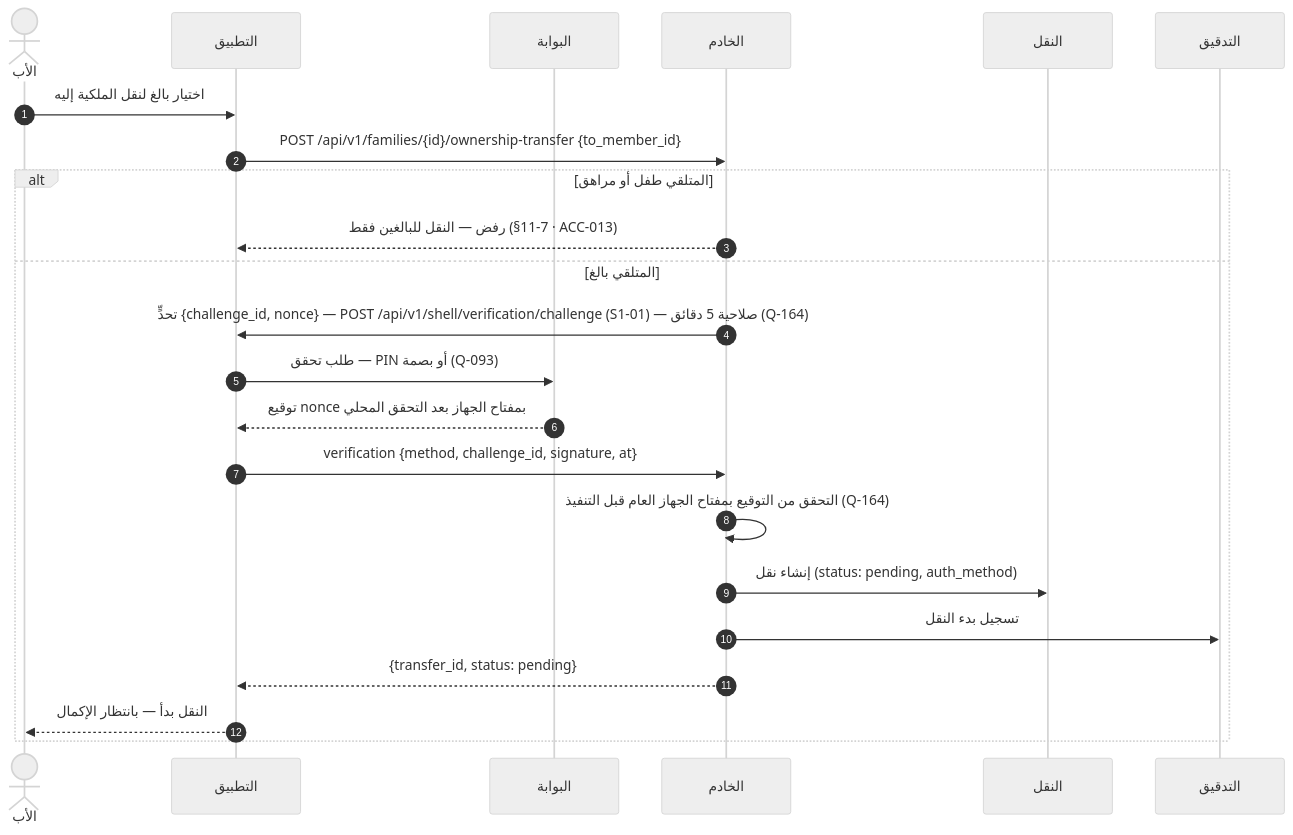
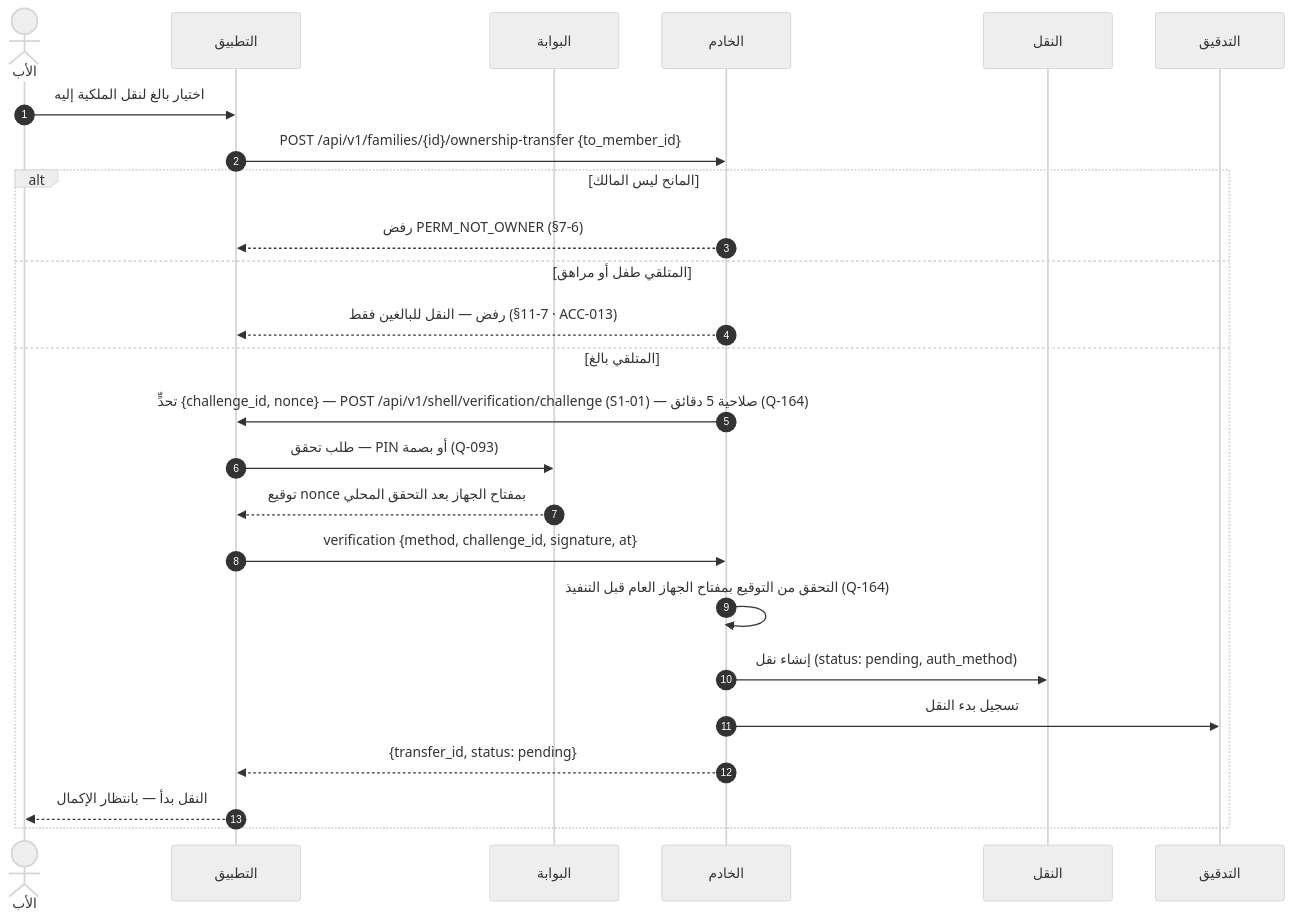
One commit to Bassam-mohammed-alqaeadi/family-os-v2 changed the seventh of 14 diagrams in docs/family-os/governance/phases/phase-1/S1-03-family-roles-and-permissions/DIAGRAMS.md. Above: the diagram before and after it, drawn with Mermaid (neutral theme). The commit also changed other lines of this file and 1 other file, not shown here.

````diff
--- a/docs/family-os/governance/phases/phase-1/S1-03-family-roles-and-permissions/DIAGRAMS.md
+++ b/docs/family-os/governance/phases/phase-1/S1-03-family-roles-and-permissions/DIAGRAMS.md
@@ -338,25 +339,27 @@
 ```mermaid
 sequenceDiagram
     autonumber
     actor Father as الأب
     participant App as التطبيق
     participant S101 as البوابة
     participant Ktor as الخادم
     participant Transfer as النقل
     participant Audit as التدقيق
     Father->>App: اختيار بالغ لنقل الملكية إليه
     App->>Ktor: POST /api/v1/families/{id}/ownership-transfer {to_member_id}
-    alt المتلقي طفل أو مراهق
+    alt المانح ليس المالك
+        Ktor-->>App: رفض PERM_NOT_OWNER (§7-6)
+    else المتلقي طفل أو مراهق
         Ktor-->>App: رفض — النقل للبالغين فقط (§7-11 · ACC-013)
     else المتلقي بالغ
         Ktor->>App: تحدٍّ {challenge_id, nonce} — POST /api/v1/shell/verification/challenge (S1-01) — صلاحية 5 دقائق (Q-164)
         App->>S101: طلب تحقق — PIN أو بصمة (Q-093)
         S101-->>App: توقيع nonce بمفتاح الجهاز بعد التحقق المحلي
         App->>Ktor: verification {method, challenge_id, signature, at}
         Ktor->>Ktor: التحقق من التوقيع بمفتاح الجهاز العام قبل التنفيذ (Q-164)
         Ktor->>Transfer: إنشاء نقل (status: pending, auth_method)
         Ktor->>Audit: تسجيل بدء النقل
         Ktor-->>App: {transfer_id, status: pending}
         App-->>Father: النقل بدأ — بانتظار الإكمال
     end
 ```
````
